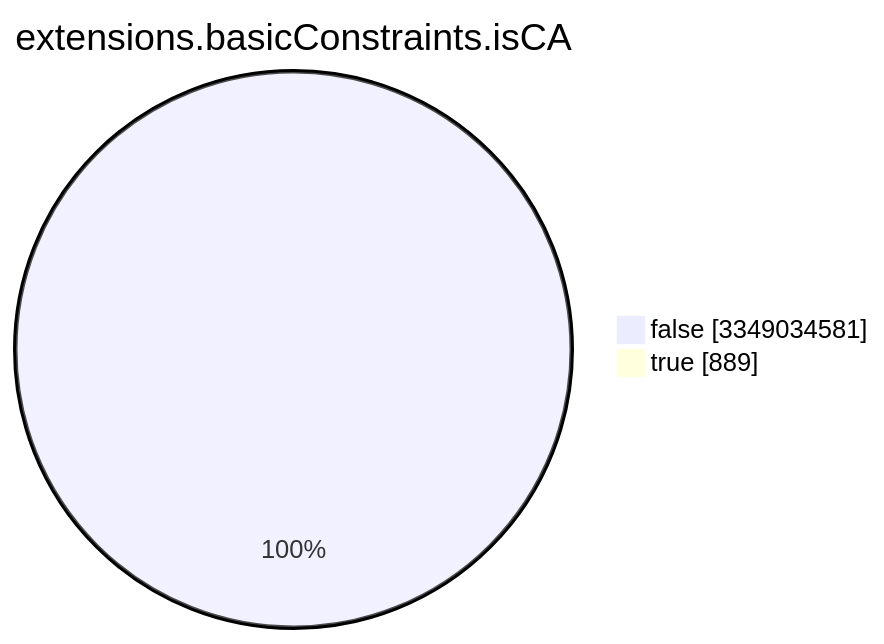
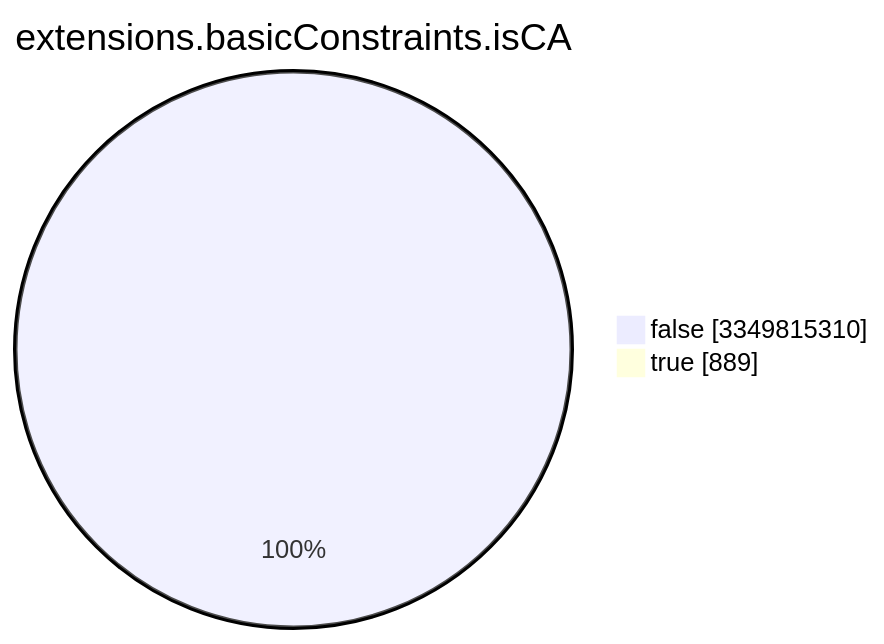
One commit to christiankrug/ctmonitor_visualization changed the seventh of 15 diagrams in TOTAL/README.md. Above: the diagram before and after it, drawn with Mermaid. The commit also changed other lines of this file, not shown here.

````diff
--- a/TOTAL/README.md
+++ b/TOTAL/README.md
@@ -3089,6 +3089,6 @@
 ```mermaid
 pie showData
 title extensions.basicConstraints.isCA
-"false" :3349034581
+"false" :3349815310
 "true" :889
 ```
````
